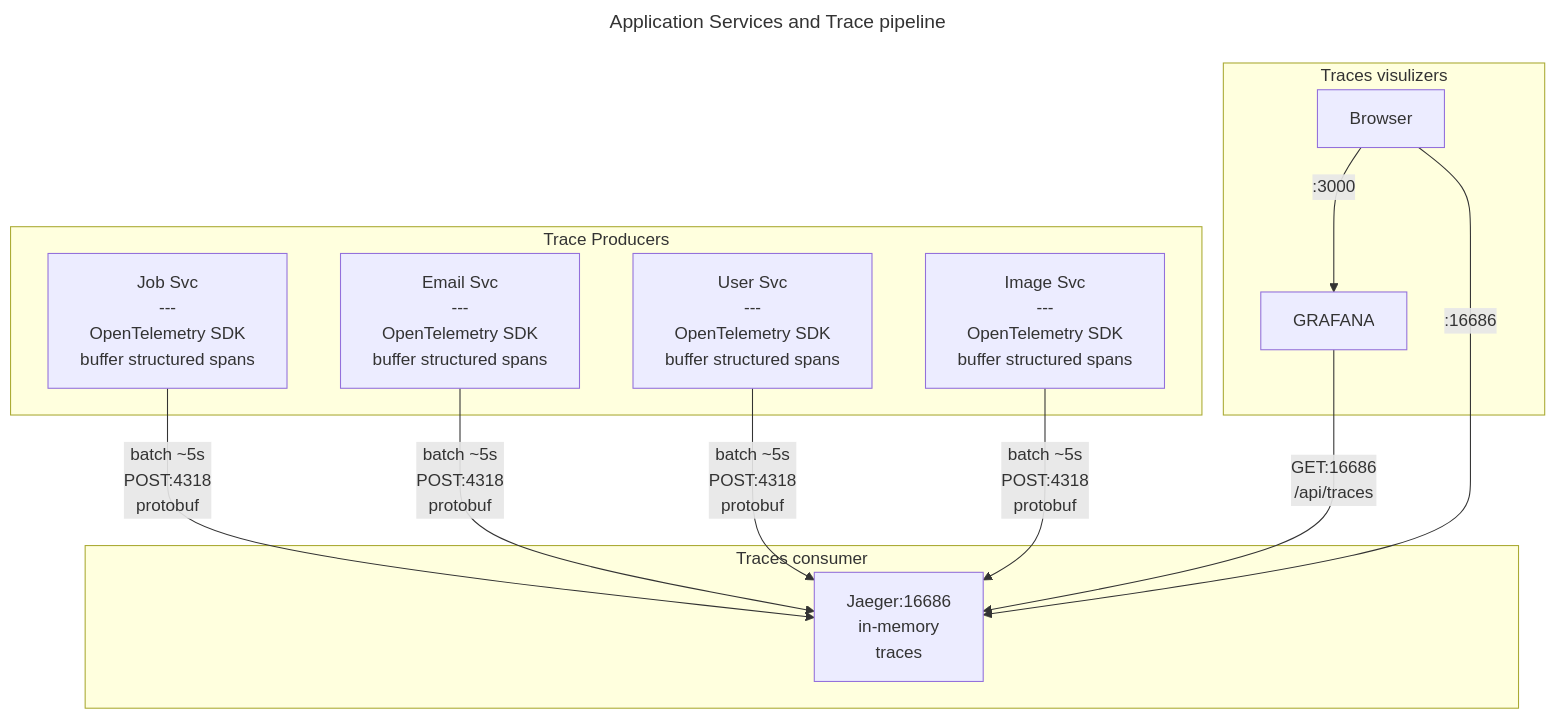
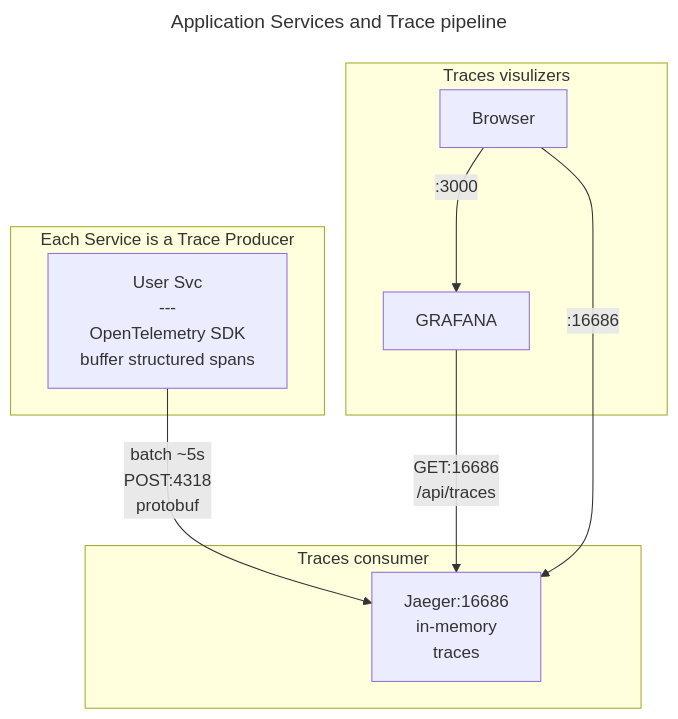
Before and after one commit to ndrean/micro_ex: the seventh of 7 diagrams in README.md, drawn with Mermaid. The commit also changed other lines of this file and 1 other file, not shown here.

````diff
--- a/README.md
+++ b/README.md
@@ -416,32 +382,25 @@
 ```mermaid
 ---
 title: Application Services and Trace pipeline
 --- 
 
 flowchart TD
-    subgraph Traces[Trace Producers]
+    subgraph Traces[Each Service is a Trace Producer]
         UE[User Svc<br> --- <br> OpenTelemetry SDK<br>buffer structured spans]
-        WE[Job Svc<br> --- <br>OpenTelemetry SDK<br>buffer structured spans]
-        EE[Email Svc<br>--- <br> OpenTelemetry SDK<br>buffer structured spans]
-        IE[Image Svc<br> --- <br>OpenTelemetry SDK<br>buffer structured spans]
-        
     end
 
     subgraph Cons[Traces consumer]
         J[Jaeger:16686<br>in-memory<br>traces]
     end
 
     subgraph Viz[Traces visulizers]
         G[Grafana:3000]
         UI[Browser]
     end
 
-    WE -->|batch ~5s <br> POST:4318<br> protobuf|J
-    EE -->|batch ~5s<br>POST:4318<br> protobuf|J
     UE -->|batch ~5s<br>POST:4318<br> protobuf|J
-    IE -->|batch ~5s<br>POST:4318<br> protobuf|J
 
     G[GRAFANA<br>] -->|GET:16686<br>/api/traces|J
     UI-->|:3000| G
     UI-->|:16686|J
 ```
````
